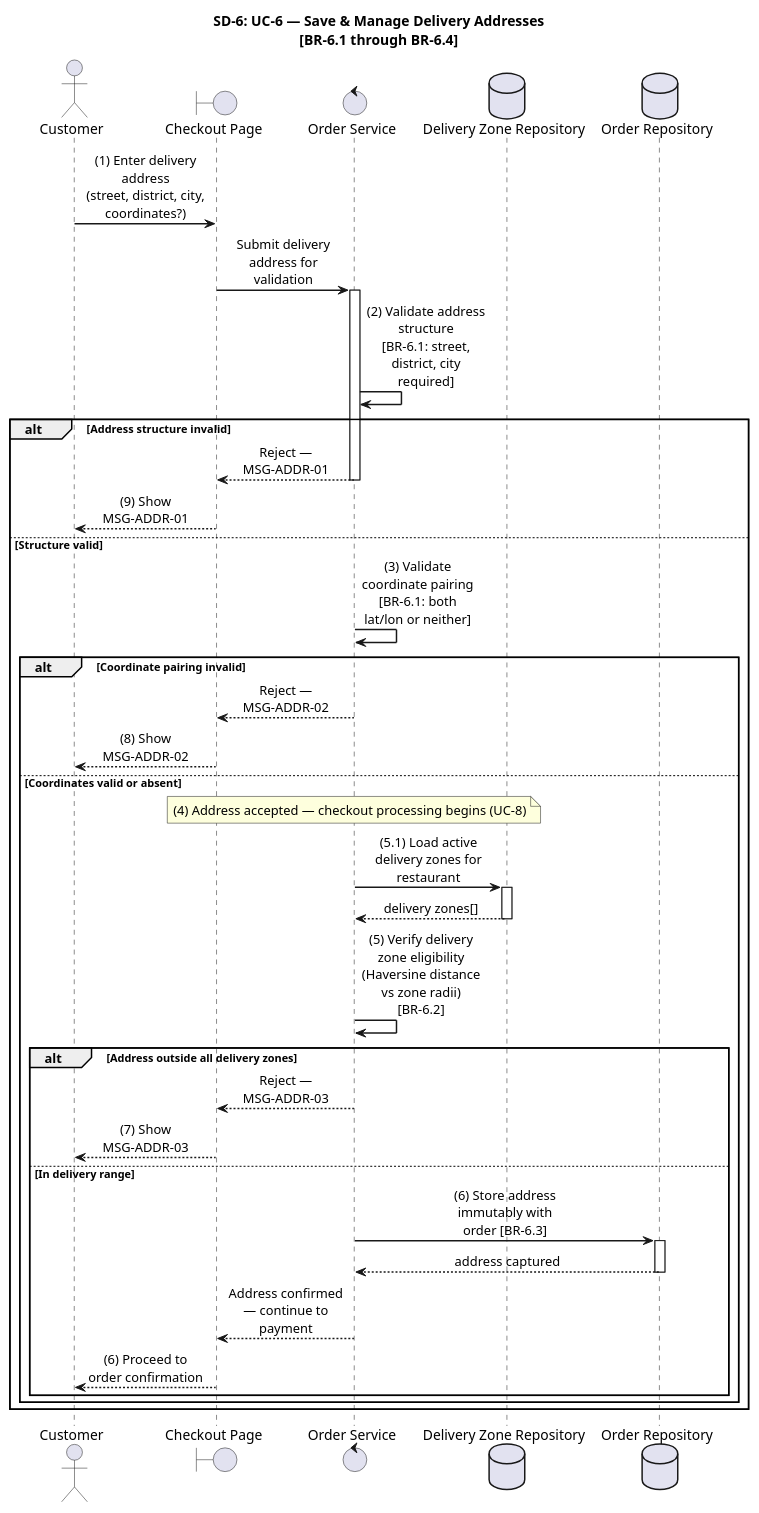
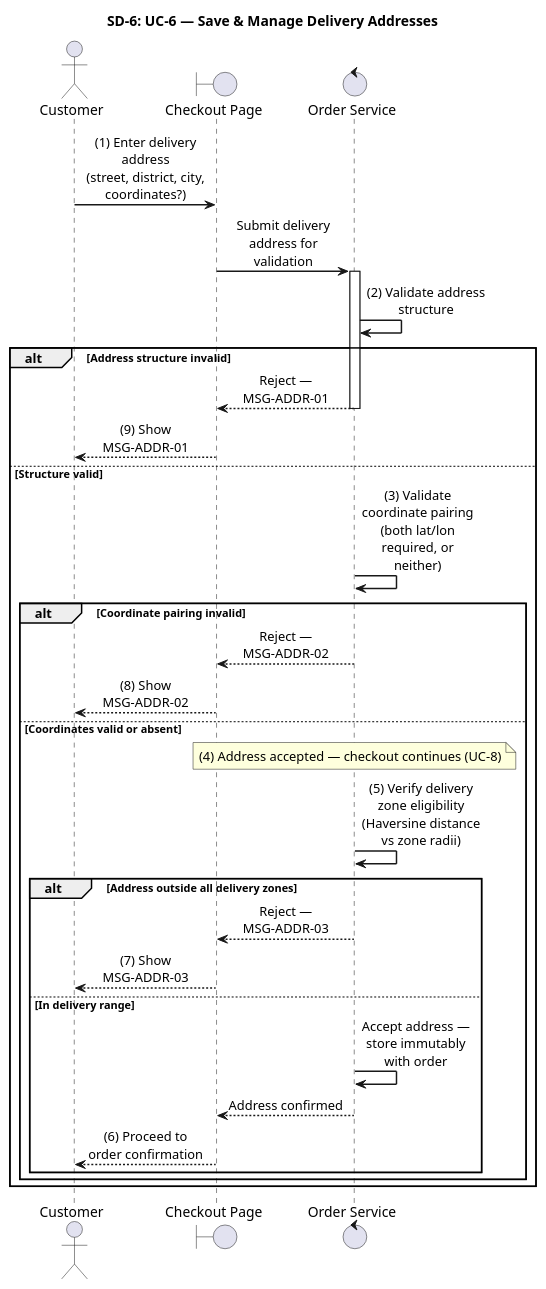
The sixth of 10 diagrams in apps/api/docs/Final_Documents/SRS_SequenceDiagrams.md (luubinhdeptrai/Food_Delivery), drawn with PlantUML before and after one commit. The commit also changed other lines of this file, not shown here.

Commit message:
add 10 sequence from 1-10

````diff
--- a/apps/api/docs/Final_Documents/SRS_SequenceDiagrams.md
+++ b/apps/api/docs/Final_Documents/SRS_SequenceDiagrams.md
@@ -496,66 +396,56 @@
 ```plantuml
 @startuml SD-6_DeliveryAddresses
 
 skinparam shadowing false
 skinparam sequenceMessageAlign center
 skinparam responseMessageBelowArrow true
 skinparam maxMessageSize 120
 skinparam sequenceArrowThickness 1.5
 skinparam ParticipantPadding 20
 skinparam BoxPadding 10
 
-title SD-6: UC-6 — Save & Manage Delivery Addresses\n[BR-6.1 through BR-6.4]
+title SD-6: UC-6 — Save & Manage Delivery Addresses
 
 actor "Customer" as Actor
 boundary "Checkout Page" as UI
 control "Order Service" as OrderSvc
-database "Delivery Zone Repository" as ZoneRepo
-database "Order Repository" as OrderRepo
 
 autonumber stop
 
 Actor -> UI : (1) Enter delivery address\n(street, district, city, coordinates?)
 UI -> OrderSvc : Submit delivery address for validation
 activate OrderSvc
 
-OrderSvc -> OrderSvc : (2) Validate address structure\n[BR-6.1: street, district, city required]
+OrderSvc -> OrderSvc : (2) Validate address structure
 
 alt Address structure invalid
     OrderSvc --> UI : Reject — MSG-ADDR-01
     deactivate OrderSvc
     UI --> Actor : (9) Show MSG-ADDR-01
 else Structure valid
-    OrderSvc -> OrderSvc : (3) Validate coordinate pairing\n[BR-6.1: both lat/lon or neither]
+    OrderSvc -> OrderSvc : (3) Validate coordinate pairing\n(both lat/lon required, or neither)
 
     alt Coordinate pairing invalid
         OrderSvc --> UI : Reject — MSG-ADDR-02
         deactivate OrderSvc
         UI --> Actor : (8) Show MSG-ADDR-02
     else Coordinates valid or absent
-        note over OrderSvc : (4) Address accepted — checkout processing begins (UC-8)
+        note over OrderSvc : (4) Address accepted — checkout continues (UC-8)
 
-        OrderSvc -> ZoneRepo : (5.1) Load active delivery zones for restaurant
-        activate ZoneRepo
-        ZoneRepo --> OrderSvc : delivery zones[]
-        deactivate ZoneRepo
-
-        OrderSvc -> OrderSvc : (5) Verify delivery zone eligibility\n(Haversine distance vs zone radii) [BR-6.2]
+        OrderSvc -> OrderSvc : (5) Verify delivery zone eligibility\n(Haversine distance vs zone radii)
 
         alt Address outside all delivery zones
             OrderSvc --> UI : Reject — MSG-ADDR-03
             deactivate OrderSvc
             UI --> Actor : (7) Show MSG-ADDR-03
         else In delivery range
-            OrderSvc -> OrderRepo : (6) Store address immutably with order [BR-6.3]
-            activate OrderRepo
-            OrderRepo --> OrderSvc : address captured
-            deactivate OrderRepo
-            OrderSvc --> UI : Address confirmed — continue to payment
+            OrderSvc -> OrderSvc : Accept address — store immutably with order
+            OrderSvc --> UI : Address confirmed
             deactivate OrderSvc
             UI --> Actor : (6) Proceed to order confirmation
         end
     end
 end
 
 @enduml
 ```
````
